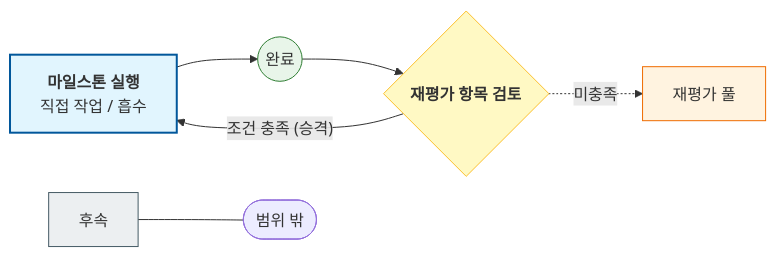
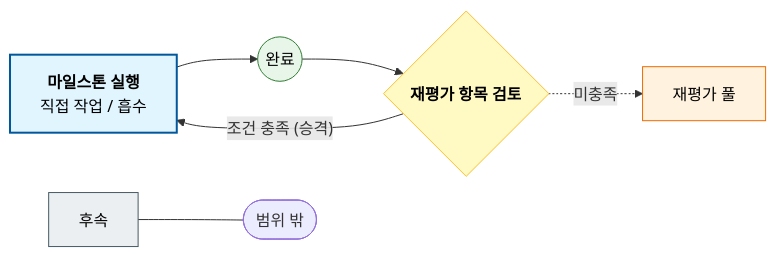
One commit to bh2980/bh2980_blog changed the diagram in src/contents/posts/ai가-뱉어낸-코드의-숲에서-길을-잃지-않으려면.mdx. Above: the diagram before and after it, drawn with Mermaid.

Commit message:
Update src/contents/posts/ai가-뱉어낸-코드의-숲에서-길을-잃지-않으려면

````diff
--- a/src/contents/posts/ai가-뱉어낸-코드의-숲에서-길을-잃지-않으려면.mdx
+++ b/src/contents/posts/ai가-뱉어낸-코드의-숲에서-길을-잃지-않으려면.mdx
@@ -68,19 +68,19 @@
    ```mermaid
    graph LR
        %% 메인 실행축 (Milestone)
        MS[<b>마일스톤 실행</b><br/>직접 작업 / 흡수] --> Done((완료))
 
        %% 승격 루프 (Promotion Loop)
        Done --> Review{<b>재평가 항목 검토</b>}
        Review -- "조건 충족 (승격)" --> MS
        
        %% 보류 및 격리
        Review -.->|미충족| Reassess[재평가 풀]
        Post[후속] --- Out([범위 밖])
 
-       style MS fill:#e1f5fe,stroke:#01579b,stroke-width:2px
-       style Done fill:#e8f5e9,stroke:#2e7d32
-       style Review fill:#fff9c4,stroke:#fbc02d
-       style Reassess fill:#fff3e0,stroke:#ef6c00
-       style Post fill:#eceff1,stroke:#455a64
+       style MS fill:#e1f5fe,stroke:#01579b,stroke-width:2px,color:#000
+       style Done fill:#e8f5e9,stroke:#2e7d32,color:#000
+       style Review fill:#fff9c4,stroke:#fbc02d,color:#000
+       style Reassess fill:#fff3e0,stroke:#ef6c00,color:#000
+       style Post fill:#eceff1,stroke:#455a64,color:#000
    ```
````
